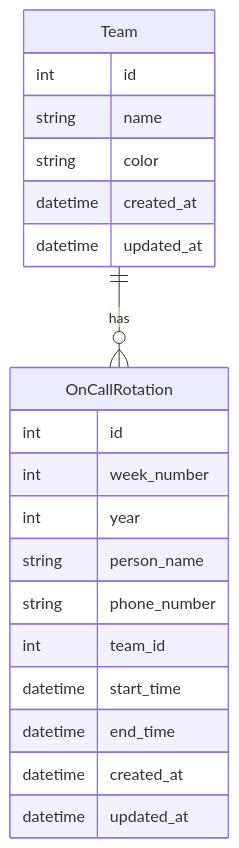
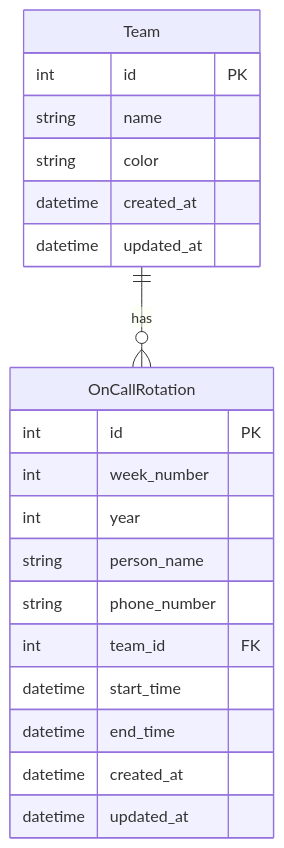
Before and after one commit to jwbrassell/a: the diagram in docs/plugins/oncall.md, drawn with Mermaid. The commit also changed other lines of this file and 51 other files, not shown here.

````diff
--- a/docs/plugins/oncall.md
+++ b/docs/plugins/oncall.md
@@ -113,24 +115,25 @@
 ```mermaid
 erDiagram
     Team ||--o{ OnCallRotation : "has"
     
     Team {
-        int id
+        int id PK
         string name
         string color
         datetime created_at
         datetime updated_at
     }
+    
     OnCallRotation {
-        int id
+        int id PK
         int week_number
         int year
         string person_name
         string phone_number
-        int team_id
+        int team_id FK
         datetime start_time
         datetime end_time
         datetime created_at
         datetime updated_at
     }
 ```
````
